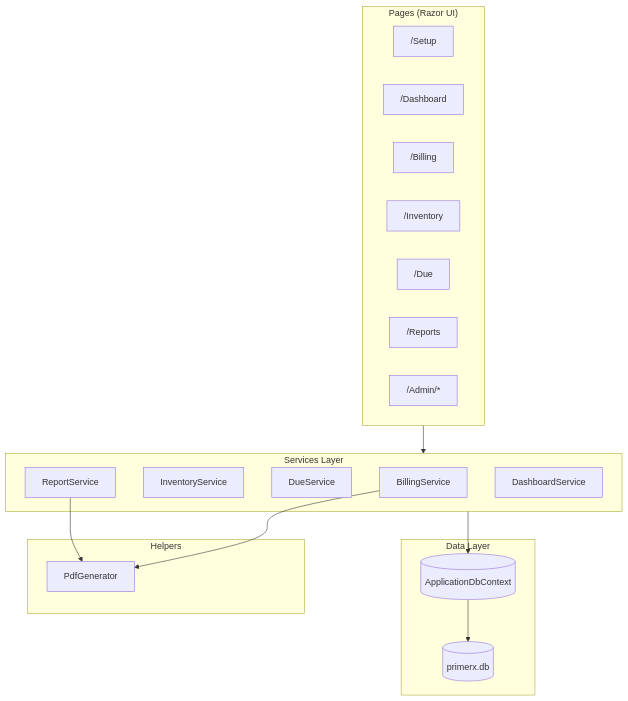
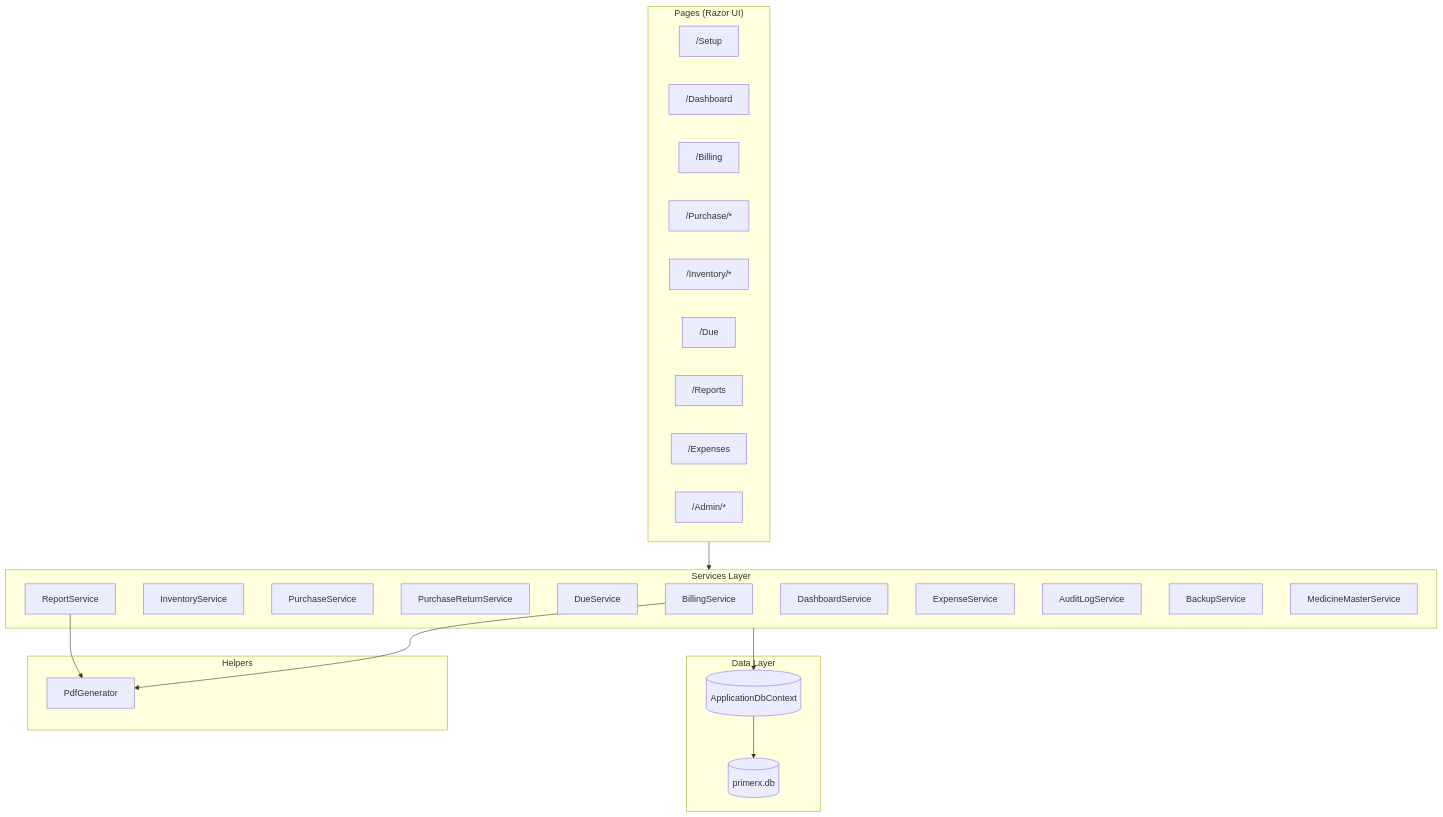
Before and after one commit to Mrcoderv/PrimeRx: the diagram in CODE_MAP.md, drawn with Mermaid. The commit also changed other lines of this file and 24 other files, not shown here.

````diff
--- a/CODE_MAP.md
+++ b/CODE_MAP.md
@@ -11,35 +11,43 @@
 ```mermaid
 flowchart TB
     subgraph UI["Pages (Razor UI)"]
         Setup["/Setup"]
         Dashboard["/Dashboard"]
         Billing["/Billing"]
-        Inventory["/Inventory"]
+        Purchase["/Purchase/*"]
+        Inventory["/Inventory/*"]
         Due["/Due"]
         Reports["/Reports"]
+        Expenses["/Expenses"]
         Admin["/Admin/*"]
     end
 
     subgraph Services["Services Layer"]
         BS[BillingService]
         IS[InventoryService]
+        PS[PurchaseService]
+        PRS[PurchaseReturnService]
         DS[DueService]
         RS[ReportService]
         DBS[DashboardService]
+        ES[ExpenseService]
+        AUS[AuditLogService]
+        BKS[BackupService]
+        MMS[MedicineMasterService]
     end
 
     subgraph Data["Data Layer"]
         DB[(ApplicationDbContext)]
         SQLite[(primerx.db)]
     end
 
     subgraph Helpers["Helpers"]
         PDF[PdfGenerator]
     end
 
     UI --> Services
     Services --> DB
     DB --> SQLite
     BS --> PDF
     RS --> PDF
 ```
````
